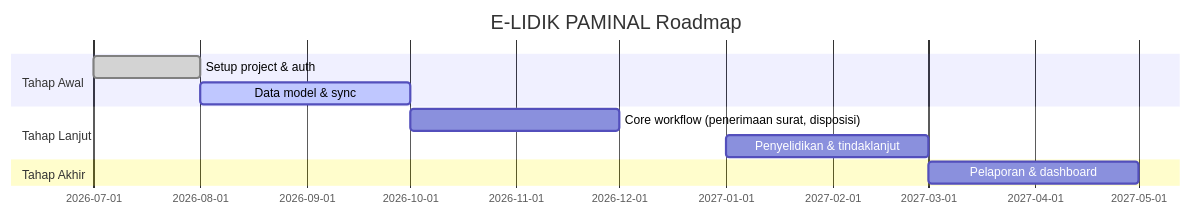
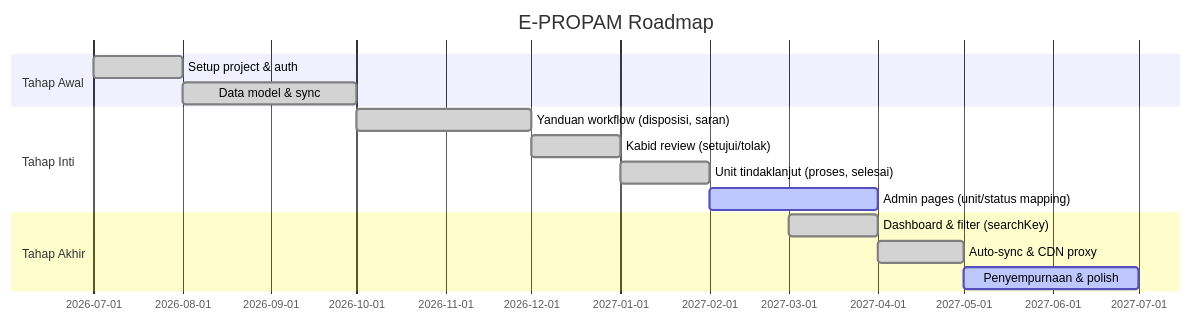
Before and after one commit to Kilodash/e-propam: the diagram in brain/roadmap.md, drawn with Mermaid. The commit also changed other lines of this file and 1 other file, not shown here.

Commit message:
feat: add brain.md progress check rule to AGENTS.md, update brain/roadmap.md

````diff
--- a/brain/roadmap.md
+++ b/brain/roadmap.md
@@ -12,13 +12,17 @@
 ```mermaid
 gantt
-    title E-LIDIK PAMINAL Roadmap
+    title E-PROPAM Roadmap
     dateFormat  YYYY-MM
     section Tahap Awal
     Setup project & auth         :done, 2026-07, 2026-08
-    Data model & sync            :active, 2026-08, 2026-10
-    section Tahap Lanjut
-    Core workflow (penerimaan surat, disposisi)  :2026-10, 2026-12
-    Penyelidikan & tindaklanjut  :2027-01, 2027-03
+    Data model & sync            :done, 2026-08, 2026-10
+    section Tahap Inti
+    Yanduan workflow (disposisi, saran) :done, 2026-10, 2026-12
+    Kabid review (setujui/tolak)        :done, 2026-12, 2027-01
+    Unit tindaklanjut (proses, selesai) :done, 2027-01, 2027-02
+    Admin pages (unit/status mapping)   :active, 2027-02, 2027-04
     section Tahap Akhir
-    Pelaporan & dashboard        :2027-03, 2027-05
+    Dashboard & filter (searchKey)      :done, 2027-03, 2027-04
+    Auto-sync & CDN proxy               :done, 2027-04, 2027-05
+    Penyempurnaan & polish              :active, 2027-05, 2027-07
 ```
````
